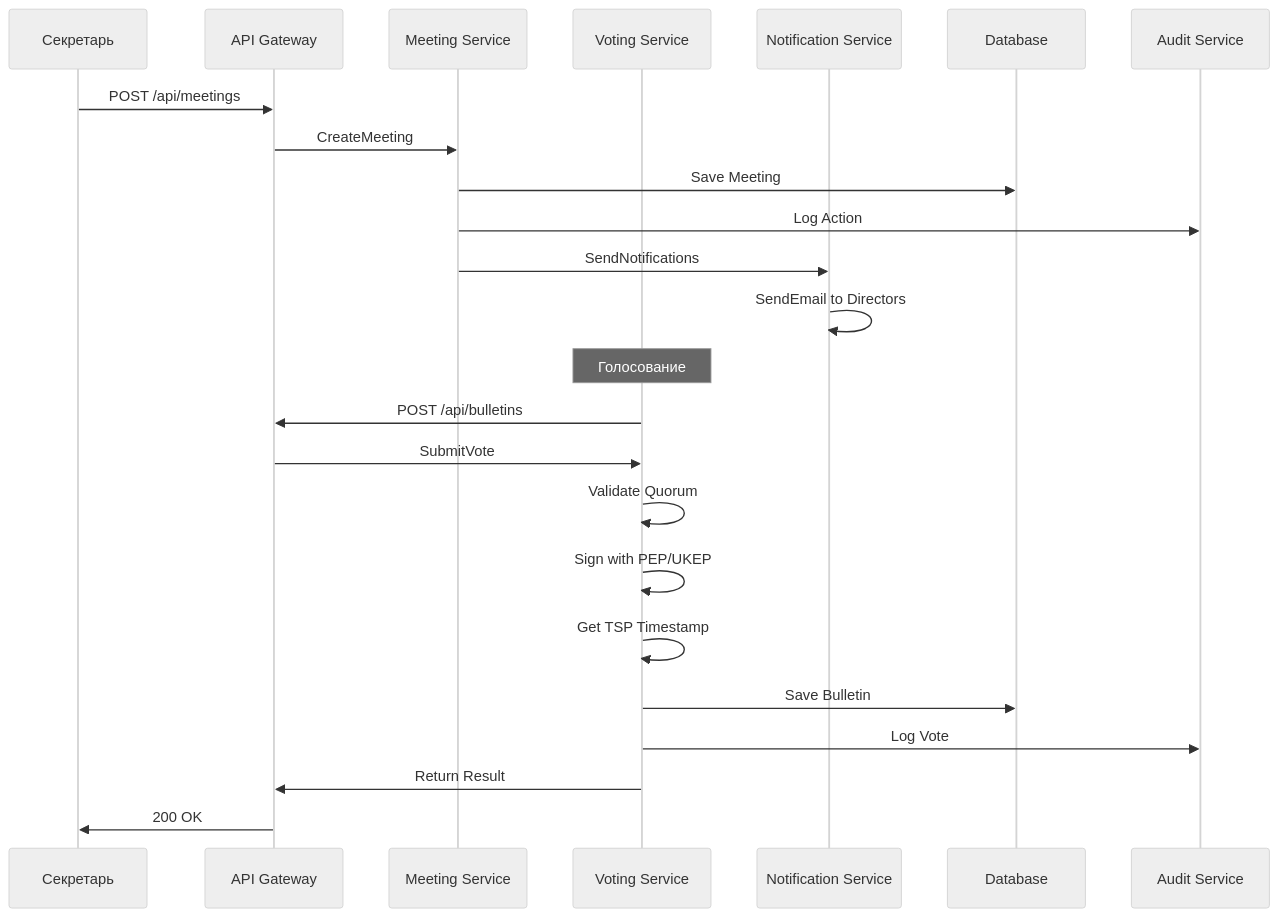
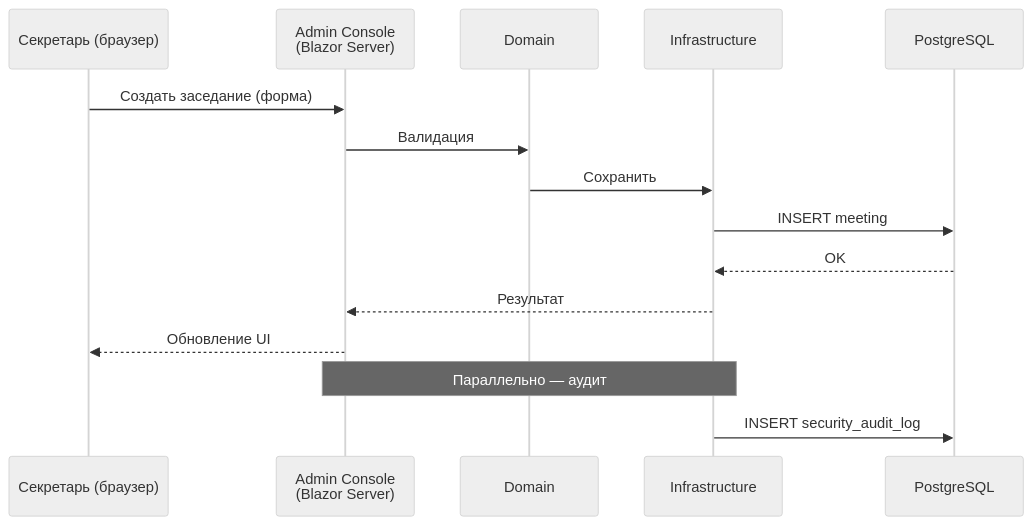
The third of 7 diagrams in docs/architecture.md (arsenyuk/SamorodinkaTech.Fiducia), drawn with Mermaid (neutral theme) before and after one commit. The commit also changed other lines of this file and 6 other files, not shown here.

First line of the commit message:
docs: актуализировать документацию под фактическую архитектуру (Blazor Server, .NET 9, Database-First)

````diff
--- a/docs/architecture.md
+++ b/docs/architecture.md
@@ -426,33 +303,19 @@
 ```mermaid
 sequenceDiagram
-    participant S as Секретарь
-    participant API as API Gateway
-    participant MEETING as Meeting Service
-    participant VOTING as Voting Service
-    participant NOTIFY as Notification Service
-    participant DB as Database
-    participant AUDIT as Audit Service
+    participant S as Секретарь (браузер)
+    participant AC as Admin Console<br/>(Blazor Server)
+    participant DOM as Domain
+    participant INFRA as Infrastructure
+    participant DB as PostgreSQL
 
-    S->>API: POST /api/meetings
-    API->>MEETING: CreateMeeting
+    S->>AC: Создать заседание (форма)
+    AC->>DOM: Валидация
+    DOM->>INFRA: Сохранить
+    INFRA->>DB: INSERT meeting
+    DB-->>INFRA: OK
+    INFRA-->>AC: Результат
+    AC-->>S: Обновление UI
 
-    MEETING->>DB: Save Meeting
-    MEETING->>AUDIT: Log Action
-
-    MEETING->>NOTIFY: SendNotifications
-    NOTIFY->>NOTIFY: SendEmail to Directors
-
-    Note over VOTING: Голосование
-    VOTING->>API: POST /api/bulletins
-    API->>VOTING: SubmitVote
-
-    VOTING->>VOTING: Validate Quorum
-    VOTING->>VOTING: Sign with PEP/UKEP
-    VOTING->>VOTING: Get TSP Timestamp
-
-    VOTING->>DB: Save Bulletin
-    VOTING->>AUDIT: Log Vote
-
-    VOTING->>API: Return Result
-    API->>S: 200 OK
+    Note over AC,INFRA: Параллельно — аудит
+    INFRA->>DB: INSERT security_audit_log
 ```
````
